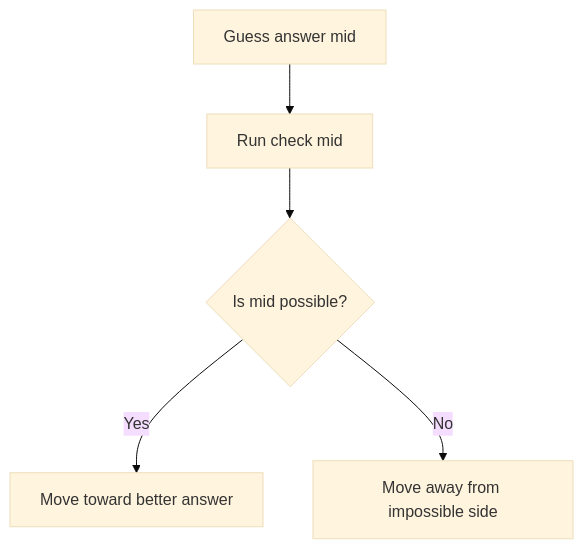
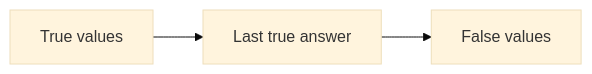
The fifth of 24 diagrams in CP_DSA_NOTES/CONCEPT_FRAMEWORK_FORMS_TATICS/binary_search_playbook.md (mthaiseer/springcloud-systemdesign-notes), drawn with Mermaid (base theme) before and after one commit. The commit also changed other lines of this file, not shown here.

````diff
--- a/CP_DSA_NOTES/CONCEPT_FRAMEWORK_FORMS_TATICS/binary_search_playbook.md
+++ b/CP_DSA_NOTES/CONCEPT_FRAMEWORK_FORMS_TATICS/binary_search_playbook.md
@@ -118,7 +194,5 @@
 ```mermaid
-flowchart TD
-    A["Guess answer mid"] --> B["Run check mid"]
-    B --> C{"Is mid possible?"}
-    C -->|"Yes"| D["Move toward better answer"]
-    C -->|"No"| E["Move away from impossible side"]
+flowchart LR
+    A["True values"] --> B["Last true answer"]
+    B --> C["False values"]
 ```
````
